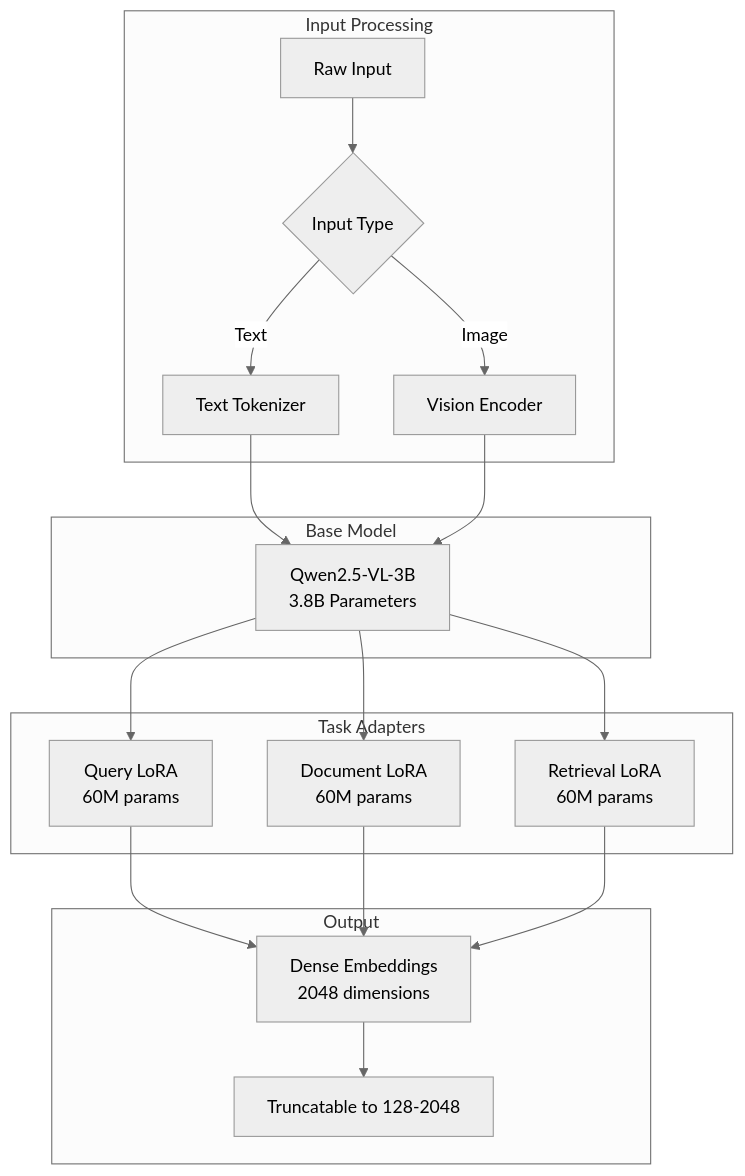
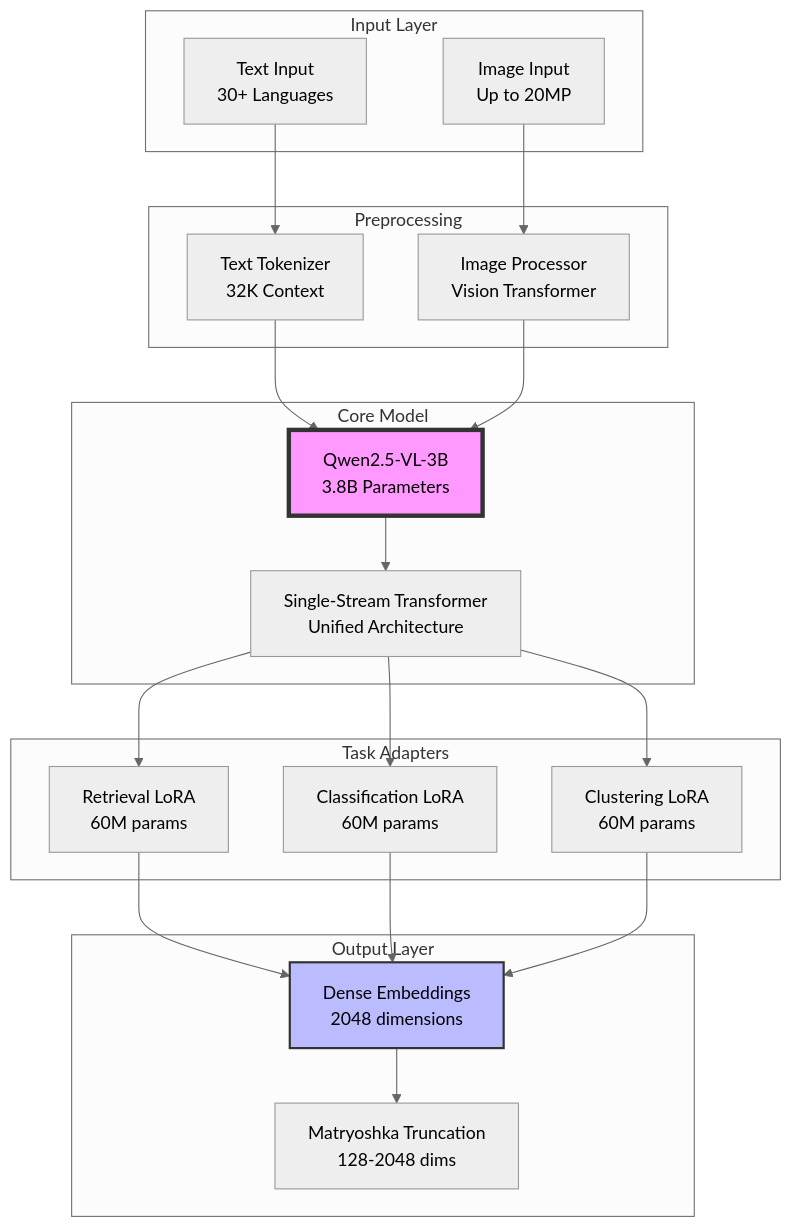
One commit to anubhavg-icpl/jina-v4-local changed the first of 14 diagrams in docs/architecture.md. Above: the diagram before and after it, drawn with Mermaid (neutral theme). The commit also changed other lines of this file and 2 other files, not shown here.

````diff
--- a/docs/architecture.md
+++ b/docs/architecture.md
@@ -9,26 +9,38 @@
 ```mermaid
 graph TB
-    subgraph "Input Processing"
-        A[Raw Input] --> B{Input Type}
-        B -->|Text| C[Text Tokenizer]
-        B -->|Image| D[Vision Encoder]
+    subgraph "Input Layer"
+        A[Text Input<br/>30+ Languages] 
+        B[Image Input<br/>Up to 20MP]
     end
     
-    subgraph "Base Model"
-        C --> E[Qwen2.5-VL-3B<br/>3.8B Parameters]
-        D --> E
+    subgraph "Preprocessing"
+        C[Text Tokenizer<br/>32K Context]
+        D[Image Processor<br/>Vision Transformer]
+    end
+    
+    subgraph "Core Model"
+        E[Qwen2.5-VL-3B<br/>3.8B Parameters]
+        F[Single-Stream Transformer<br/>Unified Architecture]
     end
     
     subgraph "Task Adapters"
-        E --> F[Query LoRA<br/>60M params]
-        E --> G[Document LoRA<br/>60M params]
-        E --> H[Retrieval LoRA<br/>60M params]
+        G[Retrieval LoRA<br/>60M params]
+        H[Classification LoRA<br/>60M params]
+        I[Clustering LoRA<br/>60M params]
     end
     
-    subgraph "Output"
-        F --> I[Dense Embeddings<br/>2048 dimensions]
-        G --> I
-        H --> I
-        I --> J[Truncatable to 128-2048]
+    subgraph "Output Layer"
+        J[Dense Embeddings<br/>2048 dimensions]
+        K[Matryoshka Truncation<br/>128-2048 dims]
     end
+    
+    A --> C --> E
+    B --> D --> E
+    E --> F
+    F --> G & H & I
+    G & H & I --> J
+    J --> K
+    
+    style E fill:#f9f,stroke:#333,stroke-width:4px
+    style J fill:#bbf,stroke:#333,stroke-width:2px
 ```
````
